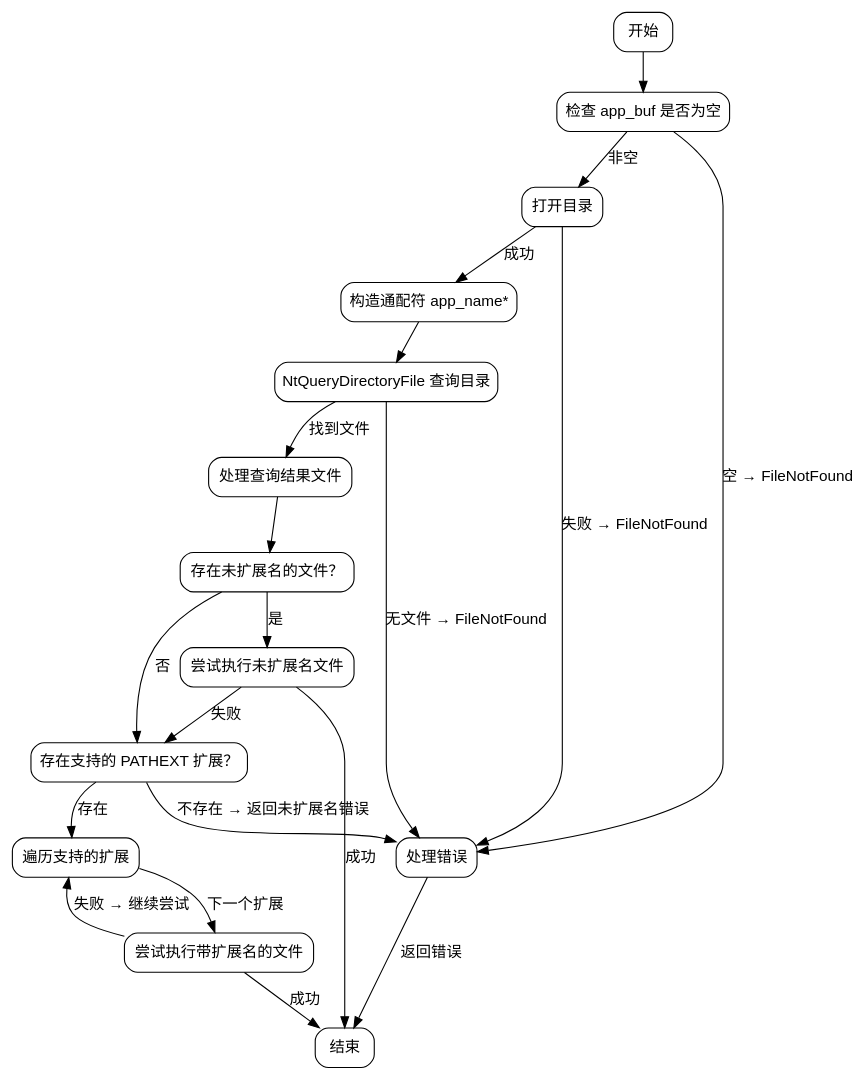
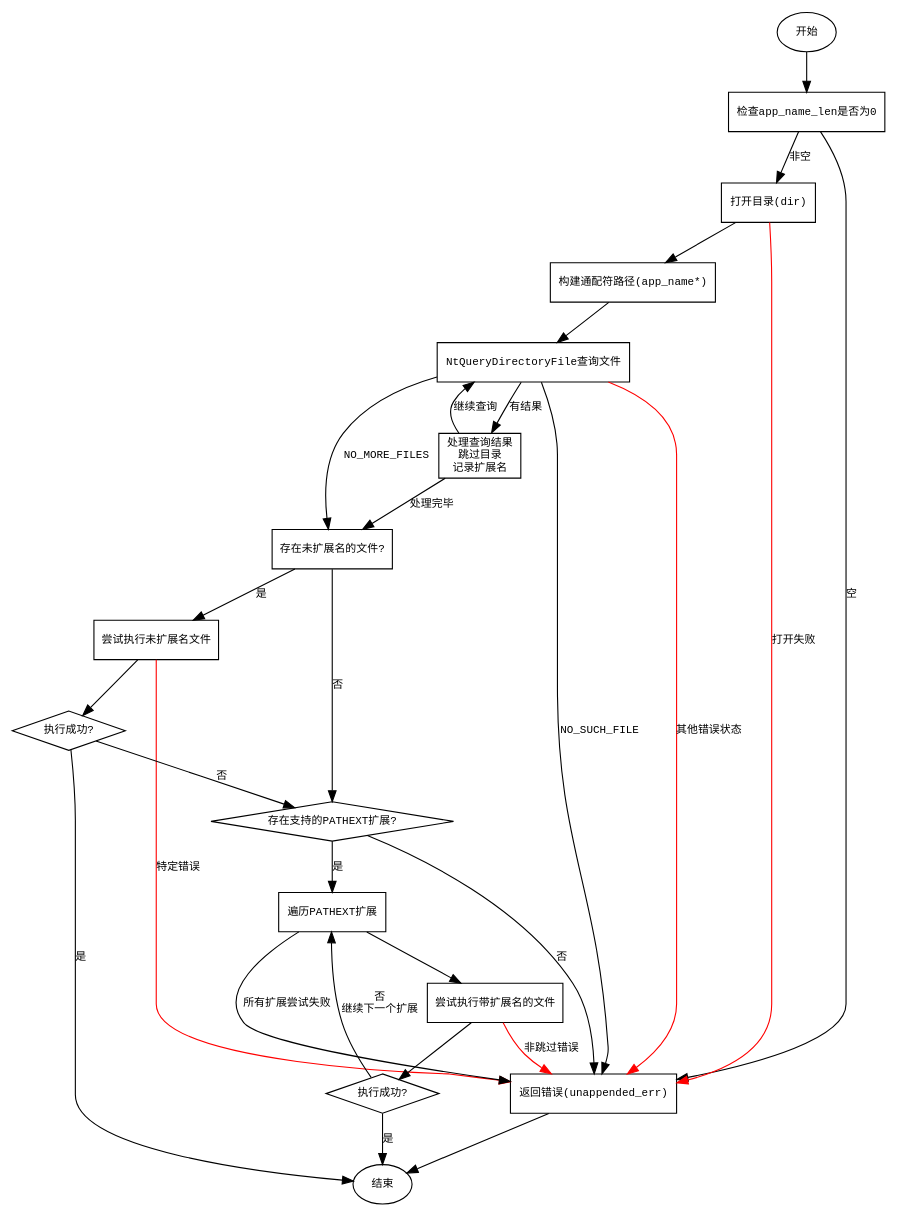
Before and after one commit to sdzx-1/deepseek-zig-reader: the diagram in dot_std/process/Child.zig.windowsCreateProcessPathExt.md, drawn with Graphviz. The commit also changed other lines of this file and 236 other files, not shown here.

````diff
--- a/dot_std/process/Child.zig.windowsCreateProcessPathExt.md
+++ b/dot_std/process/Child.zig.windowsCreateProcessPathExt.md
@@ -31,45 +23,61 @@
-```dot
-digraph flowchart {
-    node [shape=rectangle, style="rounded", fontname="Arial"];
-    edge [fontname="Arial"];
+```graphviz
+digraph windowsCreateProcessPathExt {
+    node [shape=rectangle, fontname="Courier", fontsize=10];
+    edge [fontname="Courier", fontsize=10];
 
-    start [label="开始"];
-    check_app_buf_empty [label="检查 app_buf 是否为空"];
-    open_dir [label="打开目录"];
-    construct_wildcard [label="构造通配符 app_name*"];
-    query_directory [label="NtQueryDirectoryFile 查询目录"];
-    process_files [label="处理查询结果文件"];
-    check_unappended [label="存在未扩展名的文件？"];
+    start [label="开始", shape=ellipse];
+    check_app_empty [label="检查app_name_len是否为0"];
+    open_dir [label="打开目录(dir)"];
+    build_wildcard [label="构建通配符路径(app_name*)"];
+    query_files [label="NtQueryDirectoryFile查询文件"];
+    process_files [label="处理查询结果\n跳过目录\n记录扩展名"];
+    check_unappended [label="存在未扩展名的文件?"];
     try_unappended [label="尝试执行未扩展名文件"];
-    check_any_pathext [label="存在支持的 PATHEXT 扩展？"];
-    iterate_pathext [label="遍历支持的扩展"];
+    check_unappended_success [label="执行成功?", shape=diamond];
+    check_pathext [label="存在支持的PATHEXT扩展?", shape=diamond];
+    iterate_pathext [label="遍历PATHEXT扩展"];
     try_pathext [label="尝试执行带扩展名的文件"];
-    handle_errors [label="处理错误"];
-    end [label="结束"];
+    check_pathext_success [label="执行成功?", shape=diamond];
+    return_error [label="返回错误(unappended_err)"];
+    end [label="结束", shape=ellipse];
 
-    start -> check_app_buf_empty;
-    check_app_buf_empty -> open_dir [label="非空"];
-    check_app_buf_empty -> handle_errors [label="空 → FileNotFound"];
-    open_dir -> construct_wildcard [label="成功"];
-    open_dir -> handle_errors [label="失败 → FileNotFound"];
-    construct_wildcard -> query_directory;
-    query_directory -> process_files [label="找到文件"];
-    query_directory -> handle_errors [label="无文件 → FileNotFound"];
+    start -> check_app_empty;
+    check_app_empty -> open_dir [label="非空"];
+    check_app_empty -> return_error [label="空"];
 
-    process_files -> check_unappended;
+    open_dir -> build_wildcard;
+    build_wildcard -> query_files;
+
+    query_files -> process_files [label="有结果"];
+    query_files -> return_error [label="NO_SUCH_FILE"];
+    query_files -> check_unappended [label="NO_MORE_FILES"];
+
+    process_files -> query_files [label="继续查询"];
+    process_files -> check_unappended [label="处理完毕"];
+
     check_unappended -> try_unappended [label="是"];
-    check_unappended -> check_any_pathext [label="否"];
-    
-    try_unappended -> end [label="成功"];
-    try_unappended -> check_any_pathext [label="失败"];
+    check_unappended -> check_pathext [label="否"];
 
-    check_any_pathext -> iterate_pathext [label="存在"];
-    check_any_pathext -> handle_errors [label="不存在 → 返回未扩展名错误"];
+    try_unappended -> check_unappended_success;
+    check_unappended_success -> end [label="是"];
+    check_unappended_success -> check_pathext [label="否"];
 
-    iterate_pathext -> try_pathext [label="下一个扩展"];
-    try_pathext -> end [label="成功"];
-    try_pathext -> iterate_pathext [label="失败 → 继续尝试"];
+    check_pathext -> iterate_pathext [label="是"];
+    check_pathext -> return_error [label="否"];
 
-    handle_errors -> end [label="返回错误"];
+    iterate_pathext -> try_pathext;
+    try_pathext -> check_pathext_success;
+    check_pathext_success -> end [label="是"];
+    check_pathext_success -> iterate_pathext [label="否\n继续下一个扩展"];
+
+    iterate_pathext -> return_error [label="所有扩展尝试失败"];
+    return_error -> end;
+
+    // 异常处理分支
+    edge [color=red];
+    open_dir -> return_error [label="打开失败"];
+    query_files -> return_error [label="其他错误状态"];
+    try_unappended -> return_error [label="特定错误"];
+    try_pathext -> return_error [label="非跳过错误"];
 }
 ```
````
